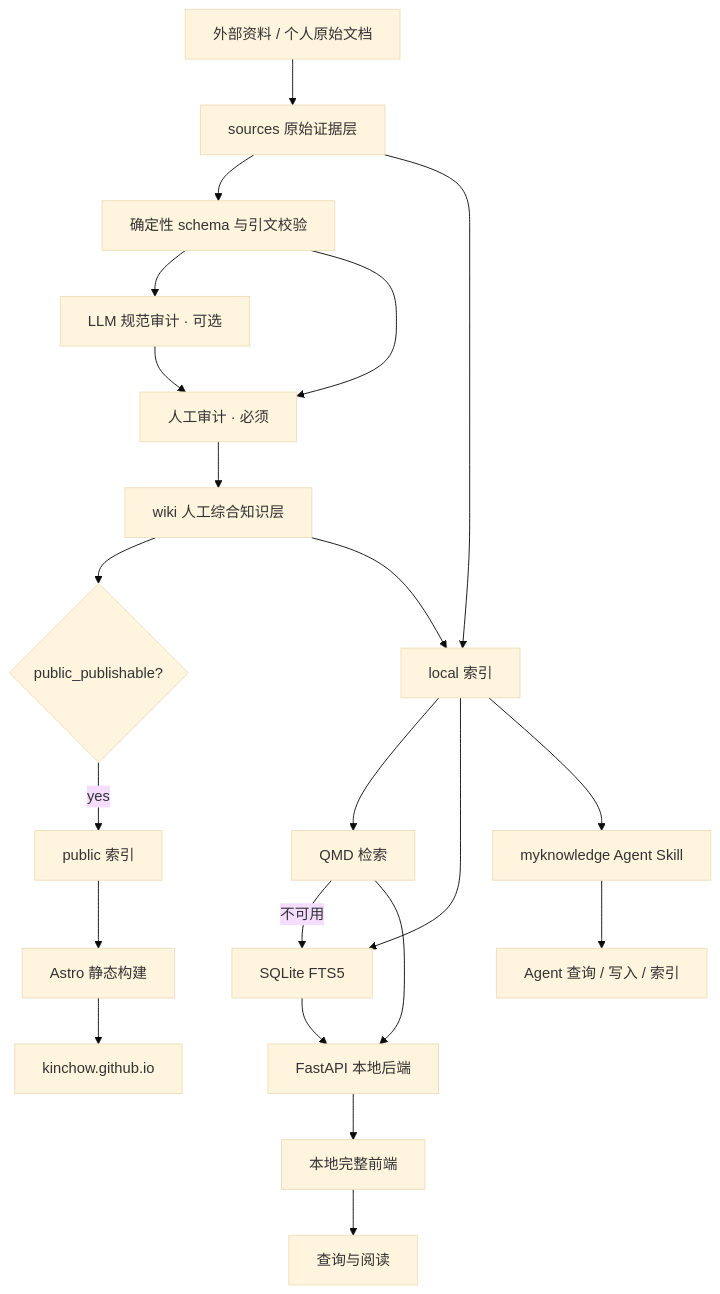
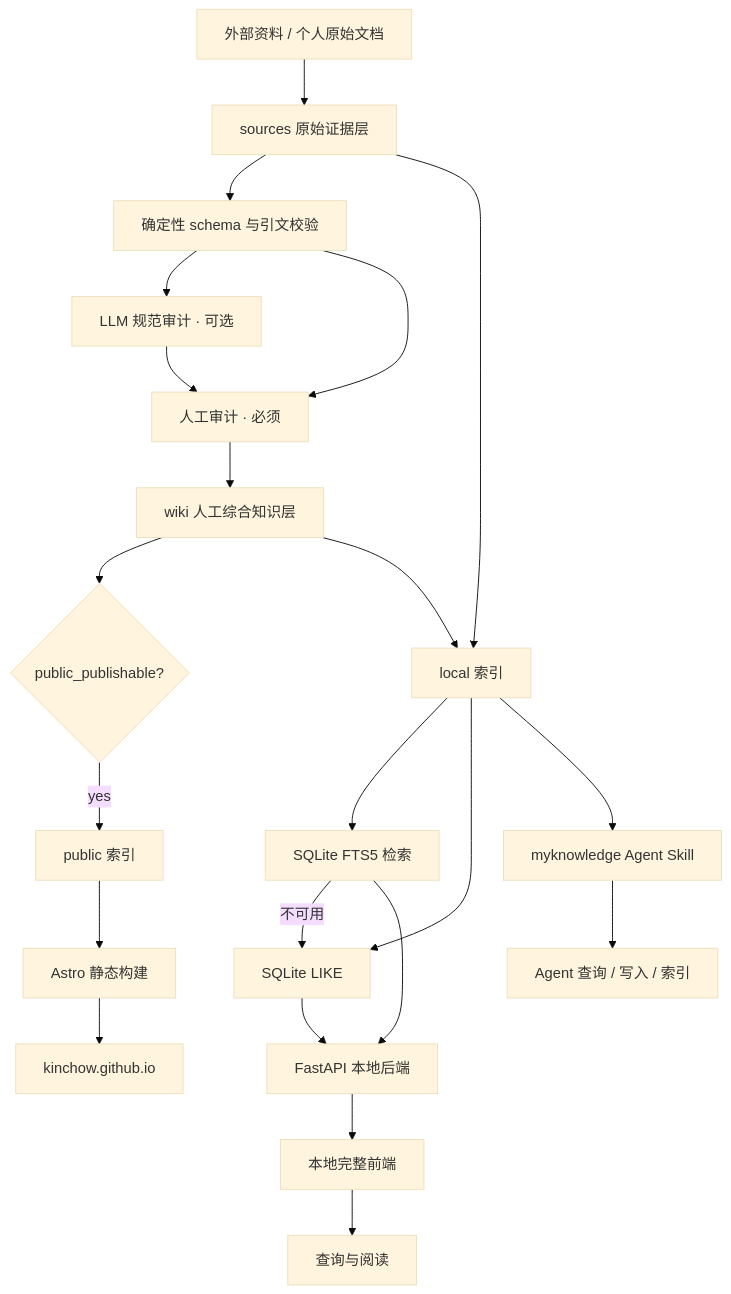
Before and after one commit to KinChow/MyKnowledge: the diagram in docs/myknowledge-system-design.md, drawn with Mermaid (base theme). The commit also changed other lines of this file and 9 other files, not shown here.

````diff
--- a/docs/myknowledge-system-design.md
+++ b/docs/myknowledge-system-design.md
@@ -202,26 +202,26 @@
 ``` mermaid
 flowchart TD
     A[外部资料 / 个人原始文档] --> B[sources 原始证据层]
     B --> C[确定性 schema 与引文校验]
     C --> D[LLM 规范审计 · 可选]
     C --> R[人工审计 · 必须]
     D --> R
     R --> E[wiki 人工综合知识层]
     E --> S{public_publishable?}
     S -->|yes| F[public 索引]
     F --> G[Astro 静态构建]
     G --> H[kinchow.github.io]
 
     B --> I[local 索引]
     E --> I
-    I --> J[QMD 检索]
-    J -->|不可用| K[SQLite FTS5]
+    I --> J[SQLite FTS5 检索]
+    J -->|不可用| K[SQLite LIKE]
     I --> K
     K --> L[FastAPI 本地后端]
     J --> L
     L --> M[本地完整前端]
     M --> N[查询与阅读]
 
     I --> P[myknowledge Agent Skill]
     P --> Q[Agent 查询 / 写入 / 索引]
 ```
````
